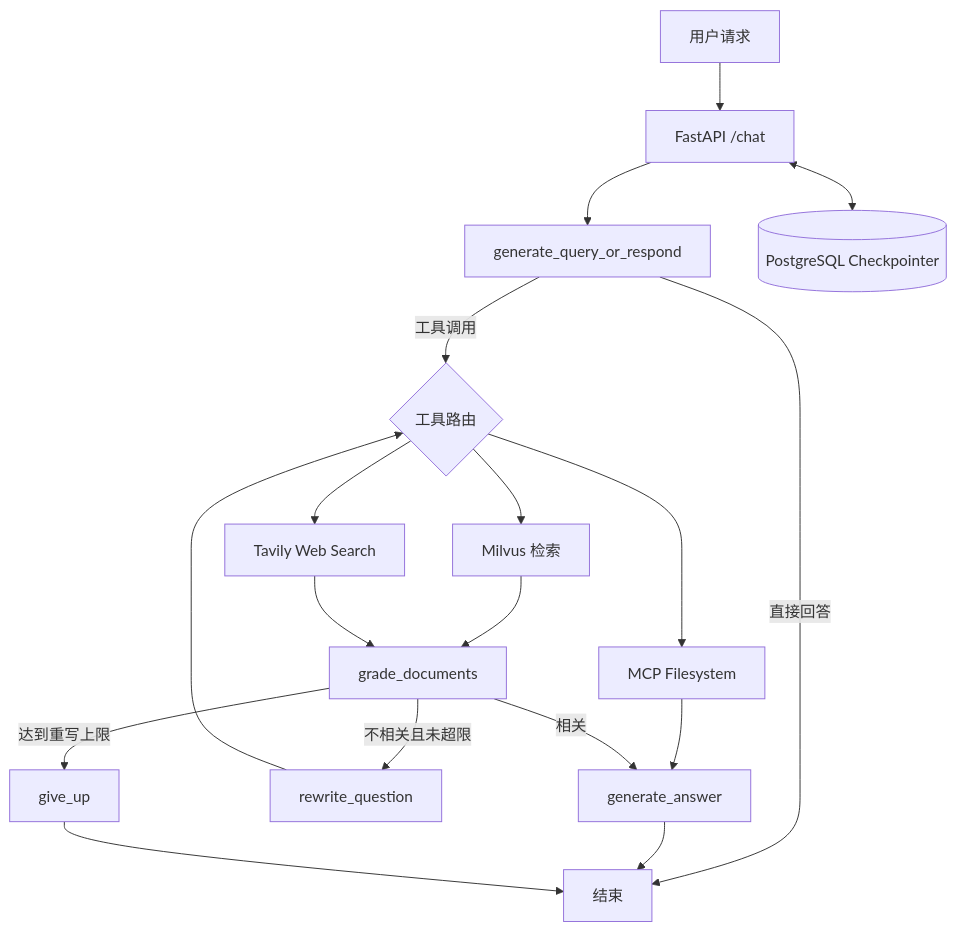
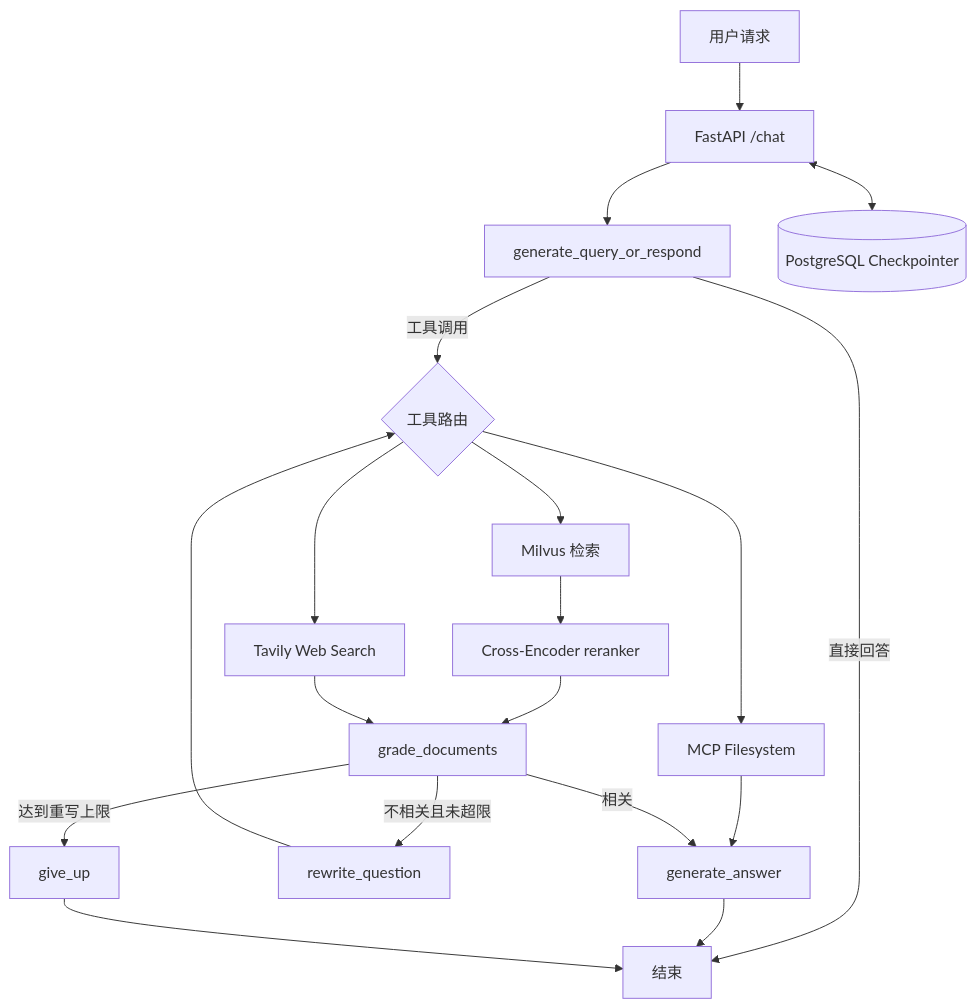
Before and after one commit to PandaZhang1108/agentic-rag: the diagram in README.md, drawn with Mermaid. The commit also changed other lines of this file and 20 other files, not shown here.

Commit message:
Add evaluated Cross-Encoder reranking

````diff
--- a/README.md
+++ b/README.md
@@ -18,20 +19,21 @@
 ```mermaid
 flowchart TD
     U[用户请求] --> API[FastAPI /chat]
     API --> G[generate_query_or_respond]
     G -->|直接回答| E[结束]
     G -->|工具调用| T{工具路由}
     T --> M[Milvus 检索]
     T --> W[Tavily Web Search]
     T --> F[MCP Filesystem]
-    M --> R[grade_documents]
+    M --> RR[Cross-Encoder reranker]
+    RR --> R[grade_documents]
     W --> R
     F --> A[generate_answer]
     R -->|相关| A
     R -->|不相关且未超限| Q[rewrite_question]
     Q --> T
     R -->|达到重写上限| X[give_up]
     A --> E
     X --> E
     API <--> P[(PostgreSQL Checkpointer)]
 ```
````
